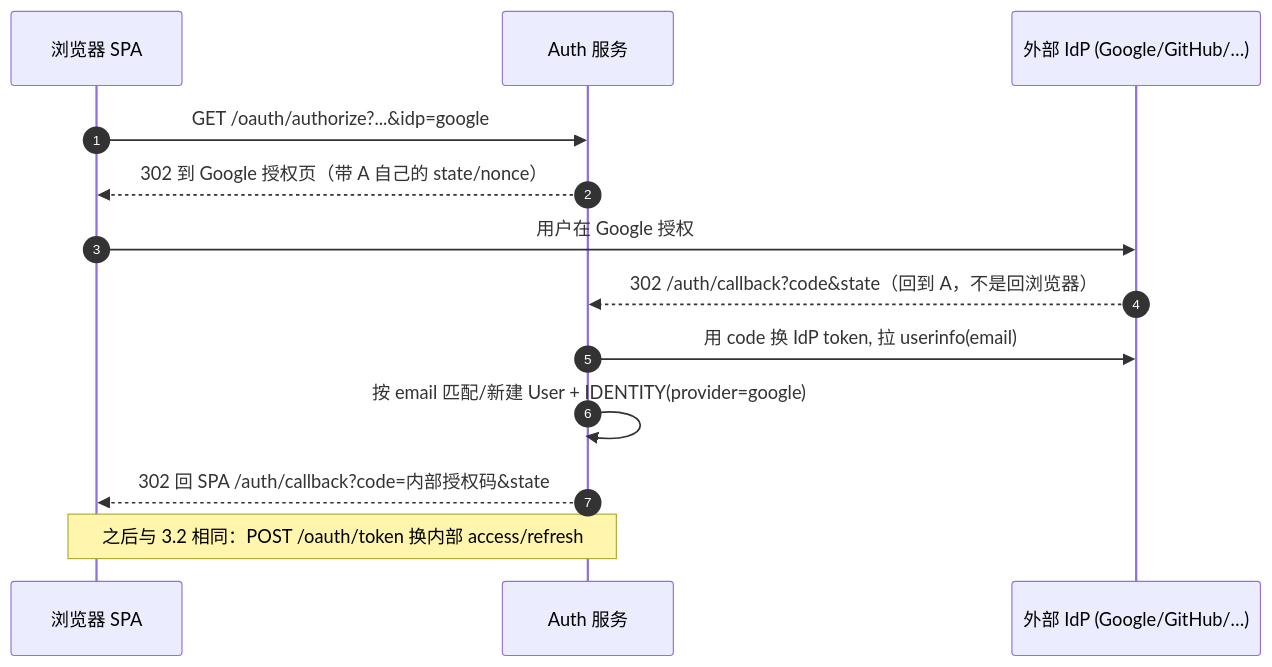
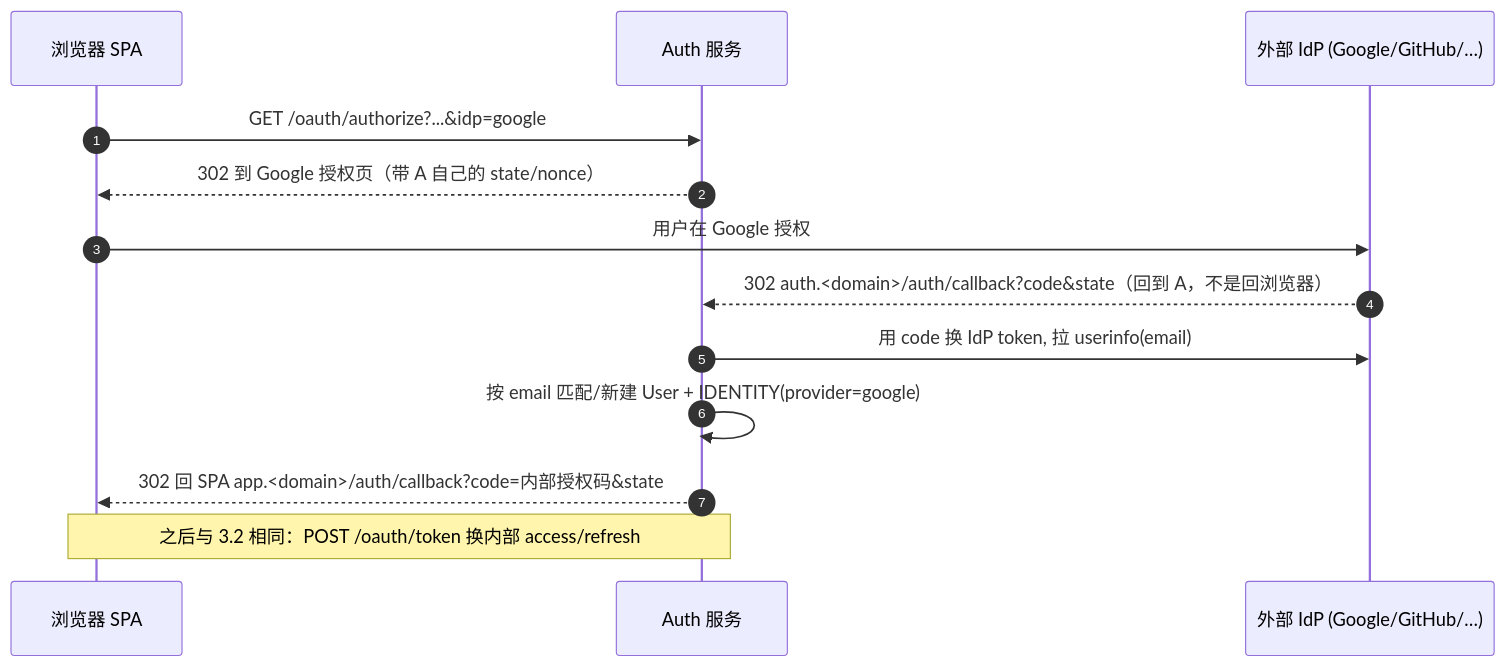
One commit to edward-ng-duke/LobsterAI changed the fourth of 7 diagrams in 改造计划/05-认证与多租户账户.md. Above: the diagram before and after it, drawn with Mermaid. The commit also changed other lines of this file and 27 other files, not shown here.

````diff
--- a/改造计划/05-认证与多租户账户.md
+++ b/改造计划/05-认证与多租户账户.md
@@ -200,15 +203,15 @@
 ```mermaid
 sequenceDiagram
   autonumber
   participant B as 浏览器 SPA
   participant A as Auth 服务
   participant IdP as 外部 IdP (Google/GitHub/…)
   B->>A: GET /oauth/authorize?...&idp=google
   A-->>B: 302 到 Google 授权页（带 A 自己的 state/nonce）
   B->>IdP: 用户在 Google 授权
-  IdP-->>A: 302 /auth/callback?code&state（回到 A，不是回浏览器）
+  IdP-->>A: 302 auth.<domain>/auth/callback?code&state（回到 A，不是回浏览器）
   A->>IdP: 用 code 换 IdP token, 拉 userinfo(email)
   A->>A: 按 email 匹配/新建 User + IDENTITY(provider=google)
-  A-->>B: 302 回 SPA /auth/callback?code=内部授权码&state
+  A-->>B: 302 回 SPA app.<domain>/auth/callback?code=内部授权码&state
   Note over B,A: 之后与 3.2 相同：POST /oauth/token 换内部 access/refresh
 ```
````
